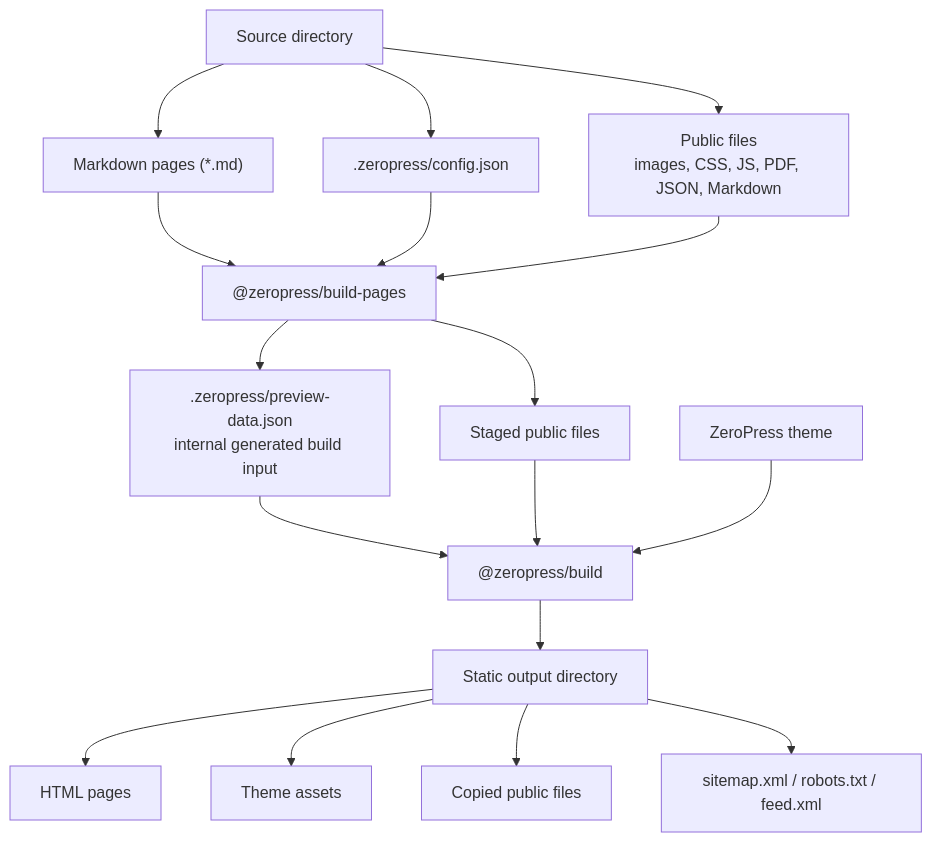
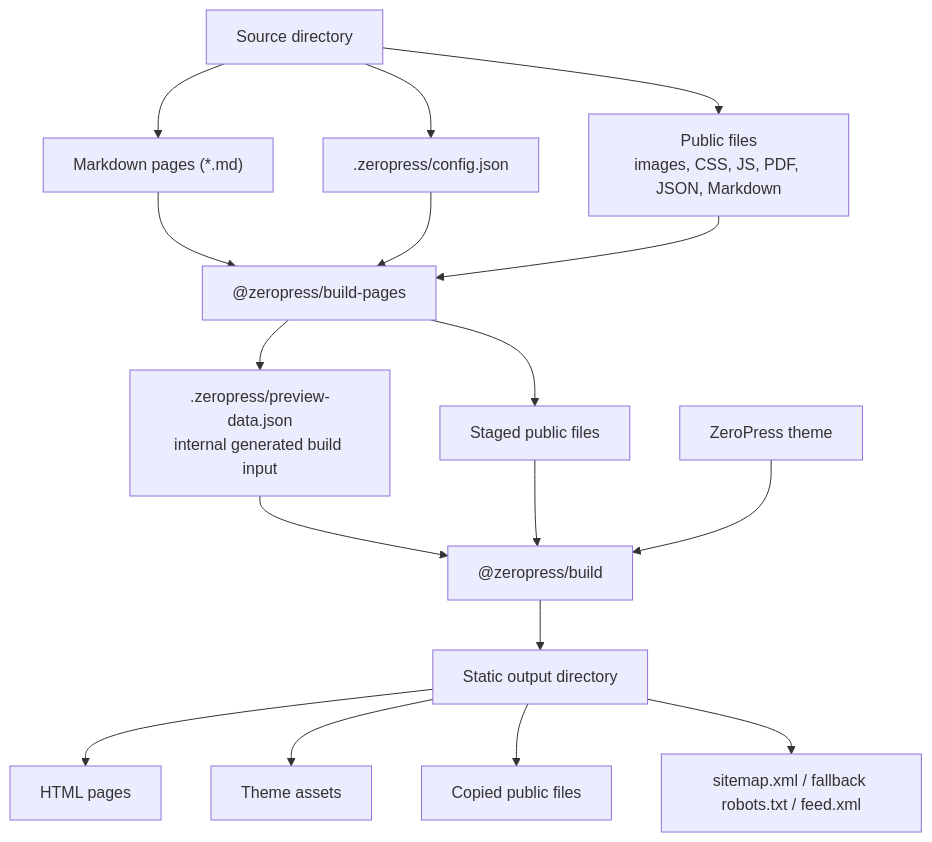
One commit to zeropress-app/zeropress-build-pages changed the diagram in README.md. Above: the diagram before and after it, drawn with Mermaid. The commit also changed other lines of this file and 10 other files, not shown here.

Commit message:
feat: add option - robots.txt disallow. set priority `public/robots.txt`

````diff
--- a/README.md
+++ b/README.md
@@ -31,23 +31,23 @@
 ```mermaid
 flowchart TD
   source["Source directory"] --> markdown["Markdown pages (*.md)"]
   source --> config[".zeropress/config.json"]
   source --> publicFiles["Public files<br/>images, CSS, JS, PDF, JSON, Markdown"]
 
   markdown --> buildPages["@zeropress/build-pages"]
   config --> buildPages
   publicFiles --> buildPages
 
   buildPages --> previewData[".zeropress/preview-data.json<br/>internal generated build input"]
   buildPages --> stagedPublic["Staged public files"]
 
   previewData --> build["@zeropress/build"]
   stagedPublic --> build
   theme["ZeroPress theme"] --> build
 
   build --> output["Static output directory"]
   output --> html["HTML pages"]
   output --> assets["Theme assets"]
   output --> copied["Copied public files"]
-  output --> special["sitemap.xml / robots.txt / feed.xml"]
+  output --> special["sitemap.xml / fallback robots.txt / feed.xml"]
 ```
````
